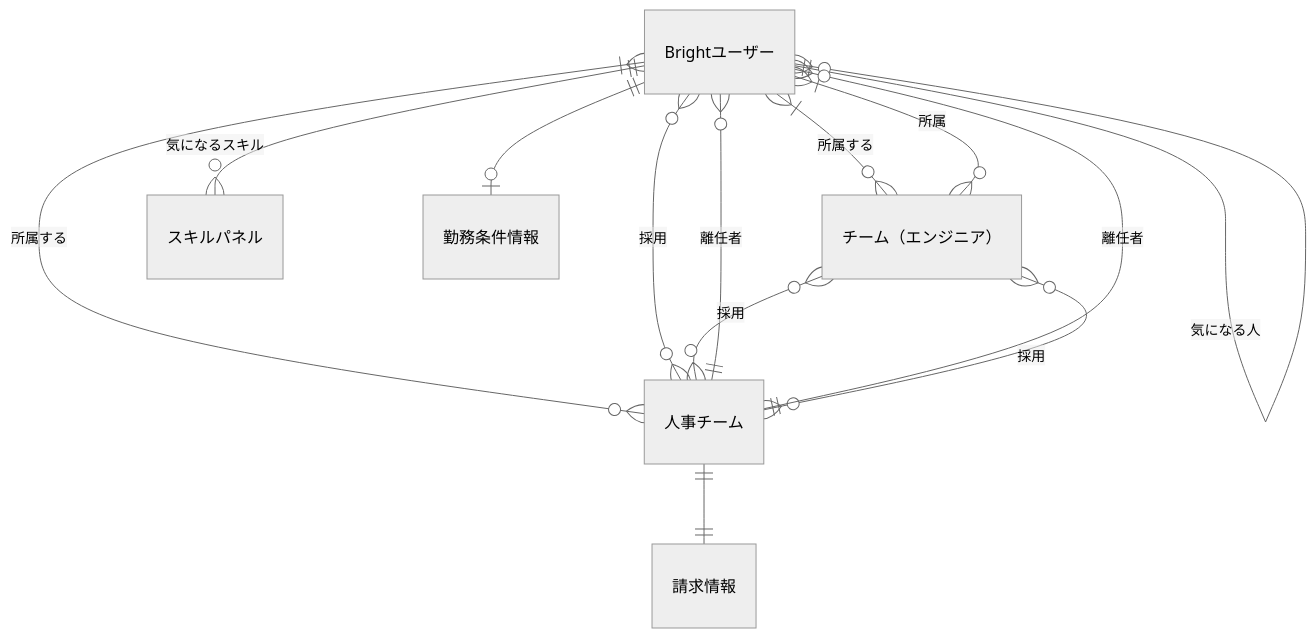
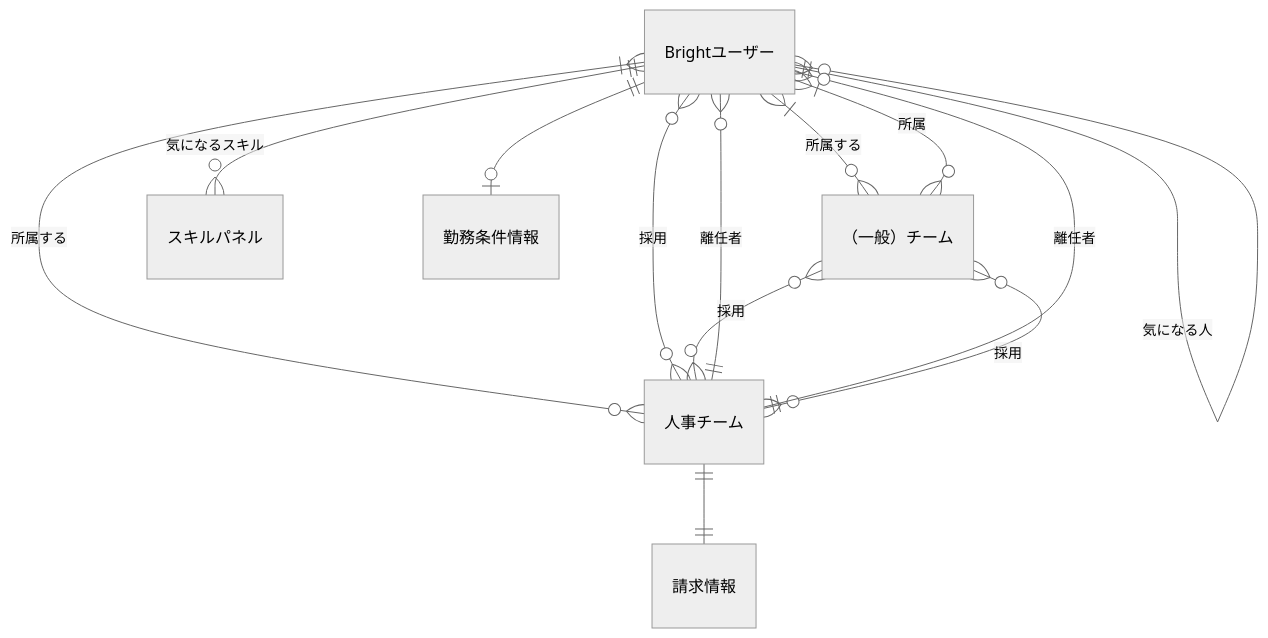
Before and after one commit to bright-org/bright: the first of 10 diagrams in docs/conceptual_schemas/users.md, drawn with Mermaid (neutral theme). The commit also changed other lines of this file, not shown here.

````diff
--- a/docs/conceptual_schemas/users.md
+++ b/docs/conceptual_schemas/users.md
@@ -16,15 +16,15 @@
 ```mermaid
 erDiagram
-  "Brightユーザー"}|--o{"チーム（エンジニア）" : "所属する"
+  "Brightユーザー"}|--o{"（一般）チーム" : "所属する"
   "Brightユーザー"}|--o{"人事チーム" : "所属する"
   "Brightユーザー"}o--o{"人事チーム" : "採用"
-  "チーム（エンジニア）"}o--o{"人事チーム" : "採用"
+  "（一般）チーム"}o--o{"人事チーム" : "採用"
   "人事チーム"||--||"請求情報" : ""
   "Brightユーザー"||--o{"Brightユーザー" : "気になる人"
   "Brightユーザー"||--o{"スキルパネル" : "気になるスキル"
   "Brightユーザー"||--o|"勤務条件情報" : ""
   "Brightユーザー"}o--||"人事チーム" : "離任者"
-  "Brightユーザー"}|--o{"チーム（エンジニア）" : "所属"
-  "人事チーム"}o--o{"チーム（エンジニア）" : "採用"
+  "Brightユーザー"}|--o{"（一般）チーム" : "所属"
+  "人事チーム"}o--o{"（一般）チーム" : "採用"
   "Brightユーザー"}o--||"人事チーム" : "離任者"
 ```
````
